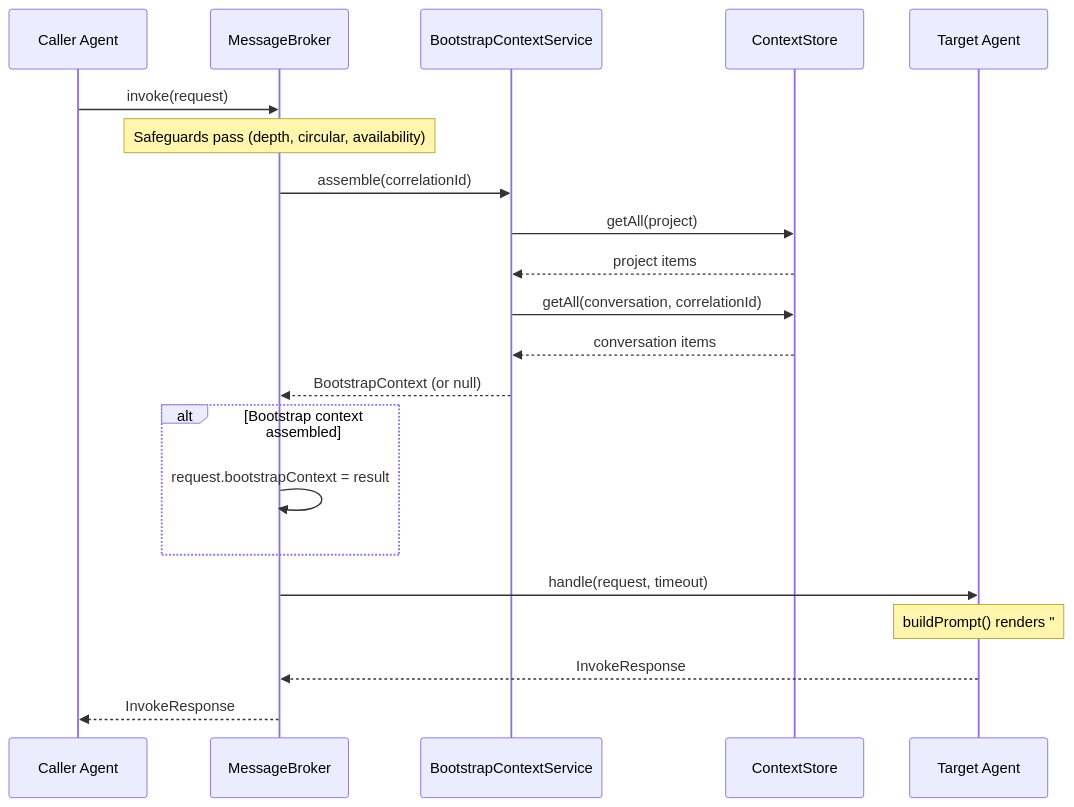
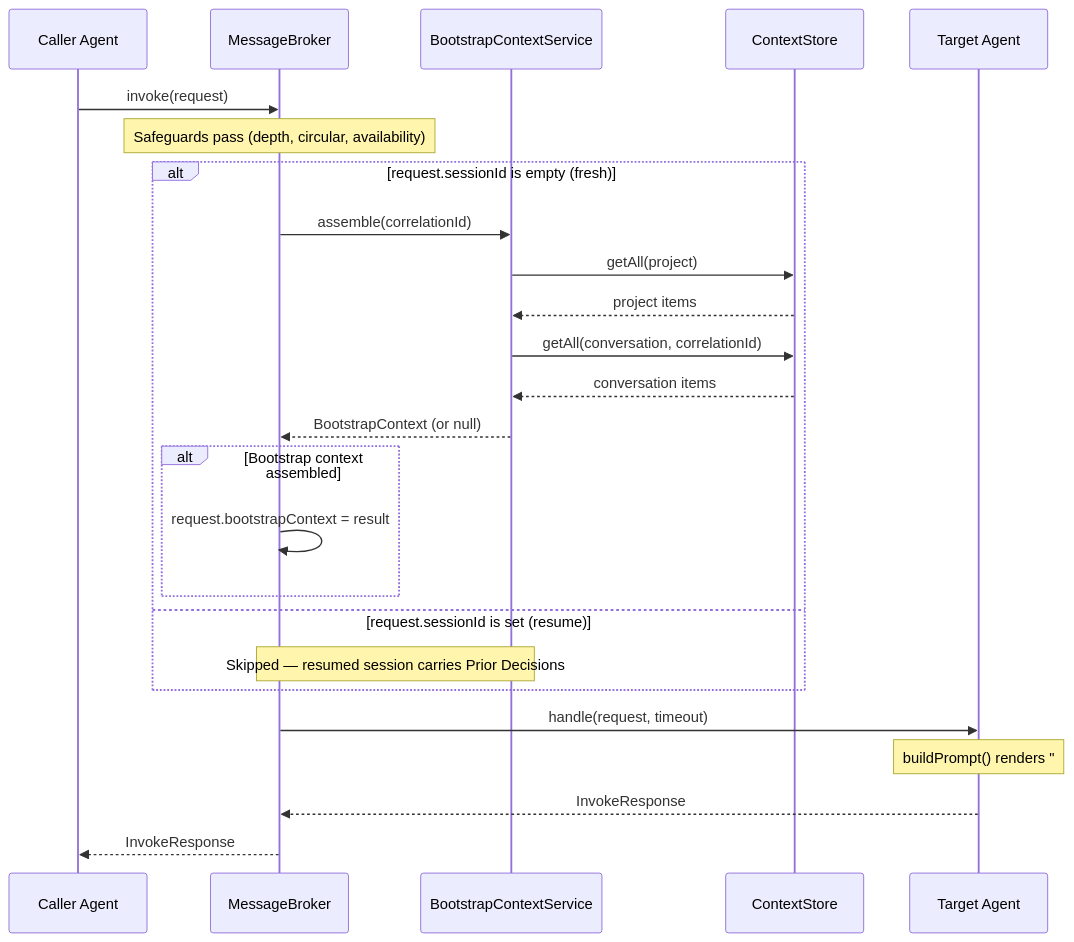
Before and after one commit to ia64mail/quorum: the third of 3 diagrams in docs/message-broker.md, drawn with Mermaid. The commit also changed other lines of this file and 2 other files, not shown here.

Commit message:
QRM6-BUG-014: add `bootstrapContext` to schema and enforce bidirectional guard to prevent field drift

````diff
--- a/docs/message-broker.md
+++ b/docs/message-broker.md
@@ -291,27 +293,31 @@
 ```mermaid
 sequenceDiagram
     participant C as Caller Agent
     participant B as MessageBroker
     participant BCS as BootstrapContextService
     participant CS as ContextStore
     participant A as Target Agent
 
     C->>B: invoke(request)
     Note over B: Safeguards pass (depth, circular, availability)
 
-    B->>BCS: assemble(correlationId)
-    BCS->>CS: getAll(project)
-    CS-->>BCS: project items
-    BCS->>CS: getAll(conversation, correlationId)
-    CS-->>BCS: conversation items
-    BCS-->>B: BootstrapContext (or null)
+    alt request.sessionId is empty (fresh)
+        B->>BCS: assemble(correlationId)
+        BCS->>CS: getAll(project)
+        CS-->>BCS: project items
+        BCS->>CS: getAll(conversation, correlationId)
+        CS-->>BCS: conversation items
+        BCS-->>B: BootstrapContext (or null)
 
-    alt Bootstrap context assembled
-        B->>B: request.bootstrapContext = result
+        alt Bootstrap context assembled
+            B->>B: request.bootstrapContext = result
+        end
+    else request.sessionId is set (resume)
+        Note over B,BCS: Skipped — resumed session carries Prior Decisions
     end
 
     B->>A: handle(request, timeout)
     Note over A: buildPrompt() renders "## Prior Decisions" section
     A-->>B: InvokeResponse
     B-->>C: InvokeResponse
 ```
````
